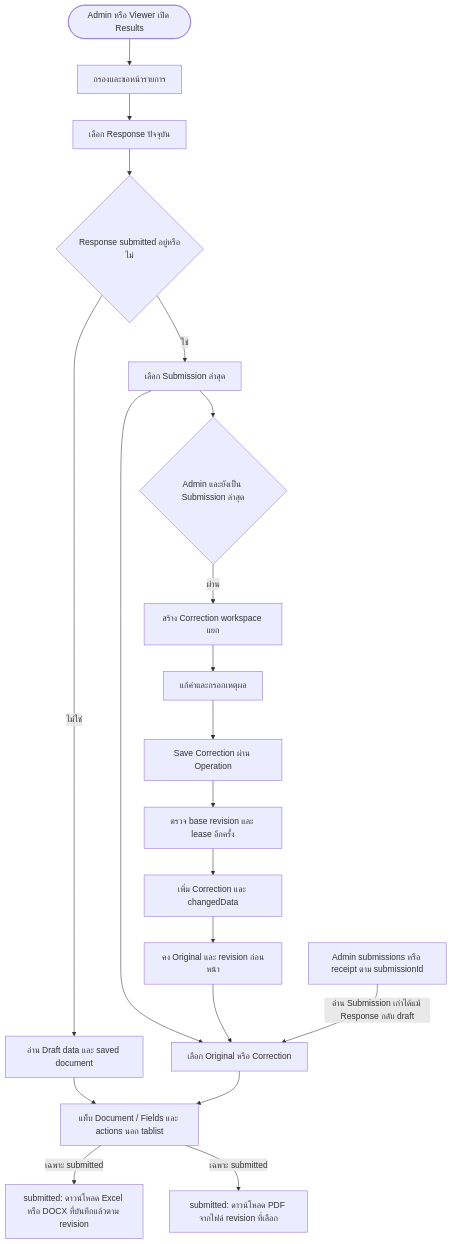
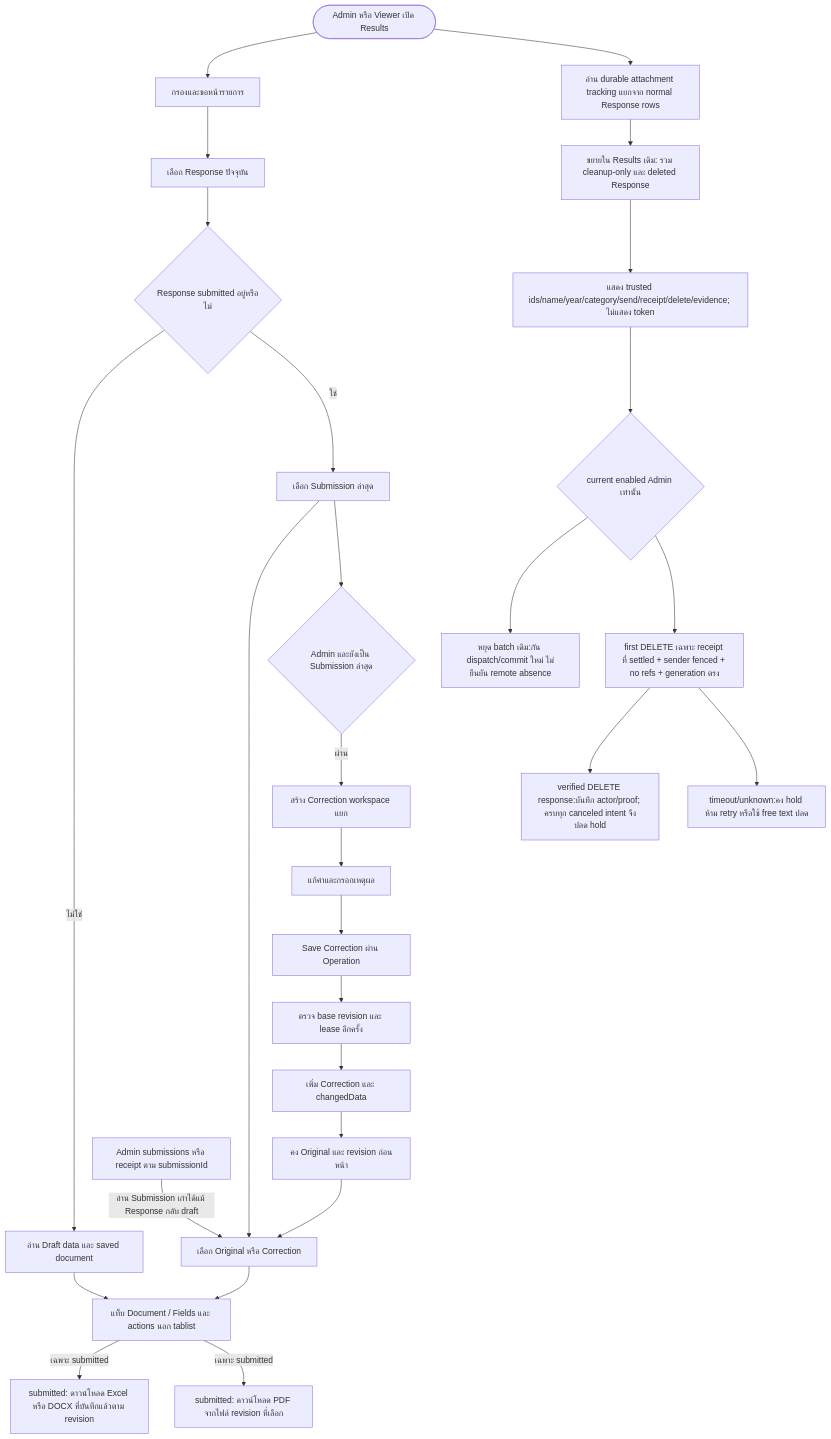
One commit to AquilaStudio2/folio-forms changed the ninth of 23 diagrams in .scratch/system-workflow/system-map.md. Above: the diagram before and after it, drawn with Mermaid. The commit also changed other lines of this file and 23 other files, not shown here.

Commit message:
fix(ecm): checkpoint checked joint attachment recovery and physical rows

````diff
--- a/.scratch/system-workflow/system-map.md
+++ b/.scratch/system-workflow/system-map.md
@@ -626,30 +641,38 @@
 ```mermaid
 flowchart TD
     search(["Admin หรือ Viewer เปิด Results"])
     filters["กรองและขอหน้ารายการ"]
     response["เลือก Response ปัจจุบัน"]
     state{"Response submitted อยู่หรือไม่"}
     draft["อ่าน Draft data และ saved document"]
     submission["เลือก Submission ล่าสุด"]
     revision["เลือก Original หรือ Correction"]
     read["แท็บ Document / Fields และ actions นอก tablist"]
     doc["submitted: ดาวน์โหลด Excel หรือ DOCX ที่บันทึกแล้วตาม revision"]
     pdf["submitted: ดาวน์โหลด PDF จากไฟล์ revision ที่เลือก"]
     canCorrect{"Admin และยังเป็น Submission ล่าสุด"}
     workspace["สร้าง Correction workspace แยก"]
     edit["แก้ค่าและกรอกเหตุผล"]
     operation["Save Correction ผ่าน Operation"]
     compare["ตรวจ base revision และ lease อีกครั้ง"]
     append["เพิ่ม Correction และ changedData"]
     preserved["คง Original และ revision ก่อนหน้า"]
     past["Admin submissions หรือ receipt ตาม submissionId"]
     search --> filters --> response --> state
+    search --> tracking["อ่าน durable attachment tracking แยกจาก normal Response rows"]
+    tracking --> expanded["ขยายใน Results เดิม: รวม cleanup-only และ deleted Response"]
+    expanded --> evidence["แสดง trusted ids/name/year/category/send/receipt/delete/evidence; ไม่แสดง token"]
+    evidence --> operator{"current enabled Admin เท่านั้น"}
+    operator --> fence["หยุด batch เดิม:กัน dispatch/commit ใหม่ ไม่ยืนยัน remote absence"]
+    operator --> cleanup["first DELETE เฉพาะ receipt ที่ settled + sender fenced + no refs + generation ตรง"]
+    cleanup --> verified["verified DELETE response:บันทึก actor/proof; ครบทุก canceled intent จึงปลด hold"]
+    cleanup --> uncertain["timeout/unknown:คง hold ห้าม retry หรือใช้ free text ปลด"]
     state -->|"ไม่ใช่"| draft --> read
     state -->|"ใช่"| submission --> revision --> read
     read -->|"เฉพาะ submitted"| doc
     read -->|"เฉพาะ submitted"| pdf
     submission --> canCorrect
     canCorrect -->|"ผ่าน"| workspace --> edit --> operation --> compare --> append
     append --> preserved --> revision
     past -->|"อ่าน Submission เก่าได้แม้ Response กลับ draft"| revision
 ```
````
